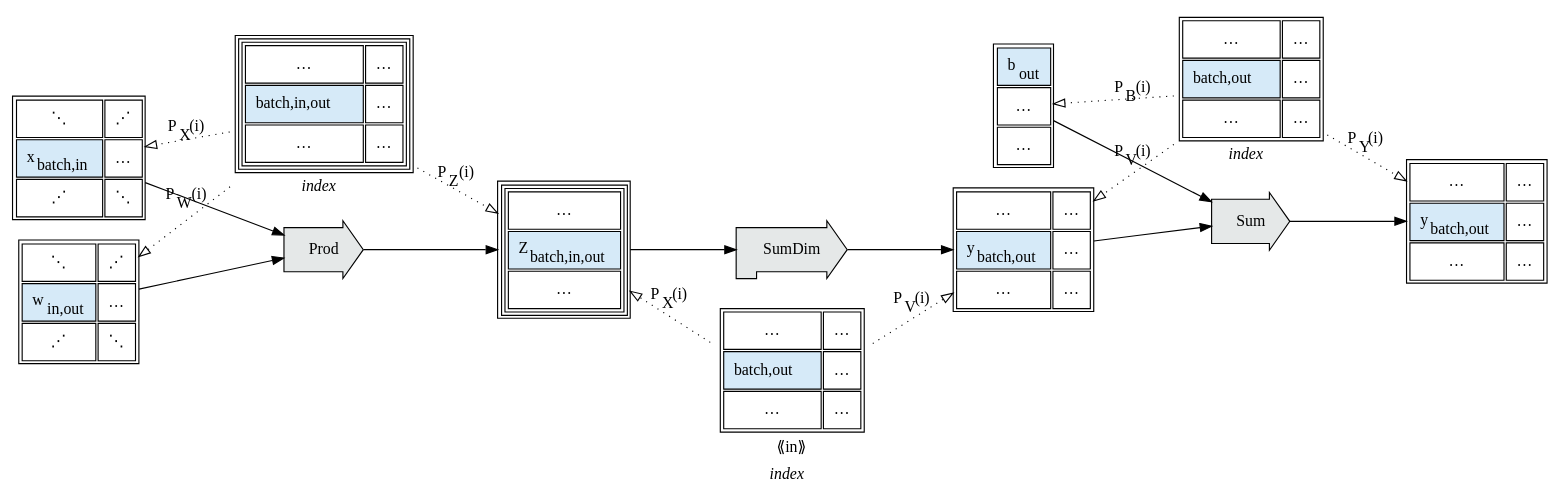
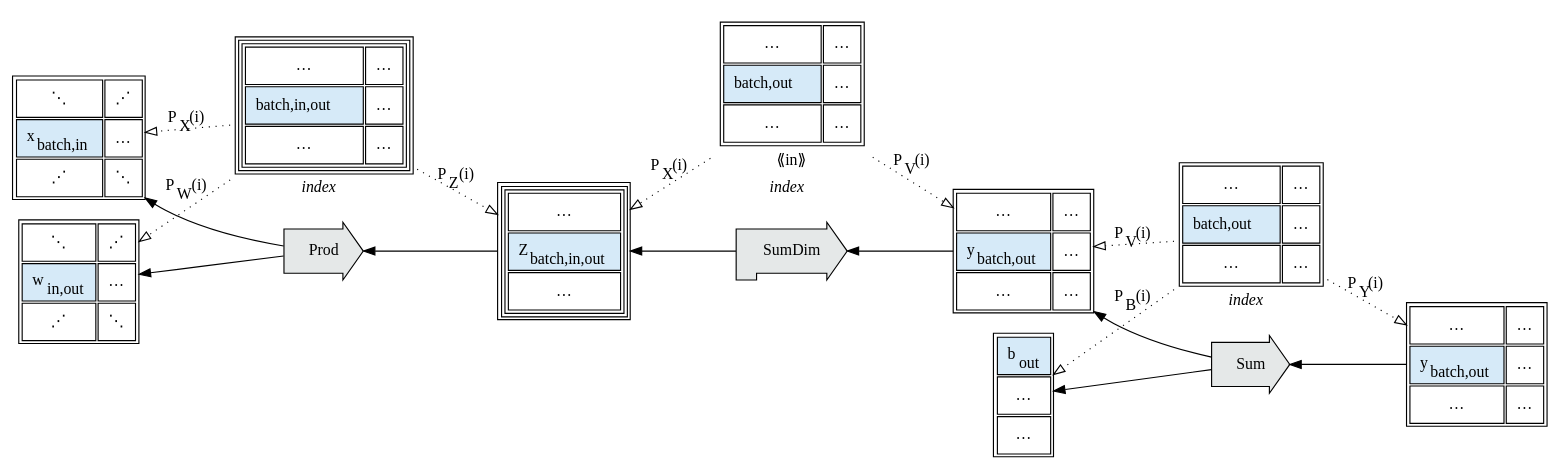
One commit to crutcher/crutcher.github.io-source changed diagram 33 of 58 in source/Tapestry/index.md. Above: the diagram before and after it, drawn with Graphviz. The commit also changed other lines of this file, not shown here.

Commit message:
migrate graphs to RL; add some semantic type notes.

````diff
--- a/source/Tapestry/index.md
+++ b/source/Tapestry/index.md
@@ -4357,6 +4652,6 @@
 ```graphviz
 digraph G {
-    rankdir=LR;
+    rankdir=RL;
 
     idx [
         shape="plain",
@@ -4451,10 +4746,10 @@
             </td></tr></table>
         >,
     ];
-
-    x -> Prod;
-    w -> Prod;
-    Prod -> z;
+    
+    Prod -> x;
+    Prod -> w;
+    z -> Prod;
 
     idx -> x [label=<P<sub>X</sub>(i)>, constraint=false, style=dotted, arrowhead=empty];
     idx -> w [label=<P<sub>W</sub>(i)>, constraint=false, style=dotted, arrowhead=empty];
@@ -4519,9 +4814,9 @@
             </table>
         >,
     ];
-
-    z -> SumDim;
-    SumDim -> v;
+    
+    SumDim -> z;
+    v -> SumDim;
 
     idx2 -> z [label=<P<sub>X</sub>(i)>, constraint=false, style=dotted, arrowhead=empty];
     idx2 -> v [label=<P<sub>V</sub>(i)>, constraint=false, style=dotted, arrowhead=empty];
@@ -4598,9 +4893,9 @@
         >,
     ];
     
-    v -> Sum;
-    b -> Sum;
-    Sum -> y;
+    Sum -> v;
+    Sum -> b;
+    y -> Sum;
     
     idx3 -> v [label=<P<sub>V</sub>(i)>, constraint=false, style=dotted, arrowhead=empty];
     idx3 -> b [label=<P<sub>B</sub>(i)>, constraint=false, style=dotted, arrowhead=empty];
````
